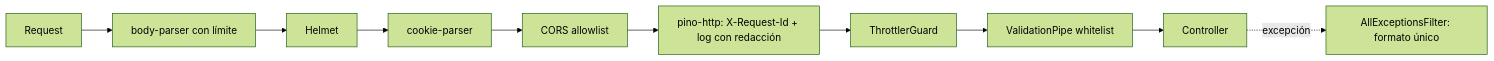
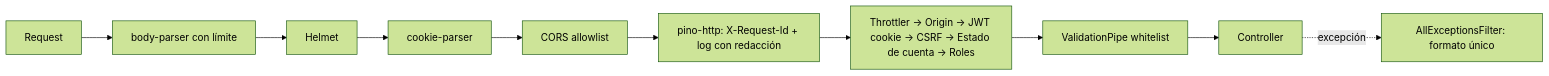
Before and after one commit to MatiasNDiaz/Nexo.pro-Backend: the diagram in docs/architecture.md, drawn with Mermaid (forest theme). The commit also changed other lines of this file and 11 other files, not shown here.

````diff
--- a/docs/architecture.md
+++ b/docs/architecture.md
@@ -53,12 +62,12 @@
 ```mermaid
 flowchart LR
   A[Request] --> B[body-parser con límite]
   B --> C[Helmet]
   C --> D[cookie-parser]
   D --> E[CORS allowlist]
   E --> F[pino-http: X-Request-Id + log con redacción]
-  F --> G[ThrottlerGuard]
+  F --> G[Throttler → Origin → JWT cookie → CSRF → Estado de cuenta → Roles]
   G --> H[ValidationPipe whitelist]
   H --> I[Controller]
   I -. excepción .-> J[AllExceptionsFilter: formato único]
 ```
````
